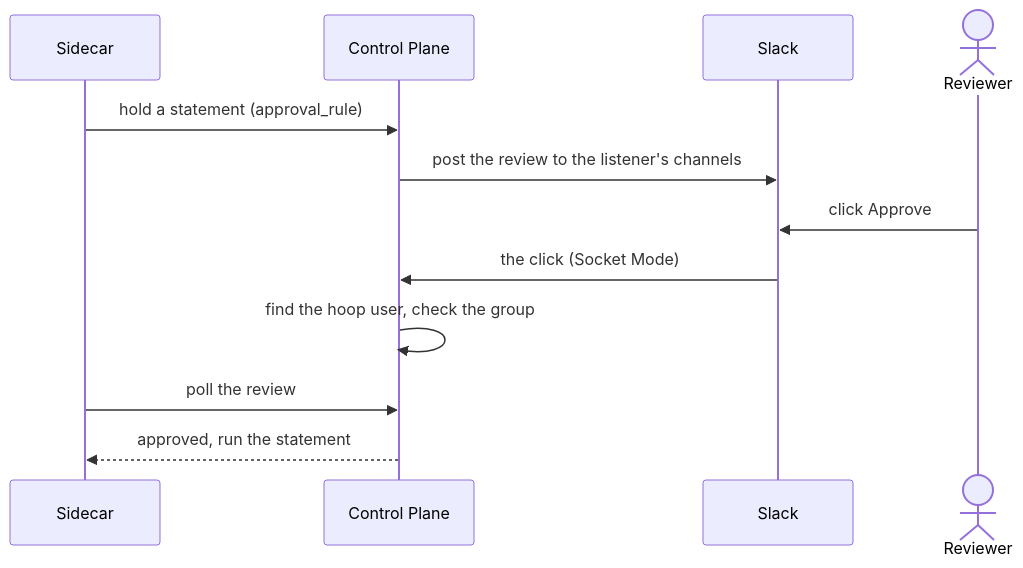
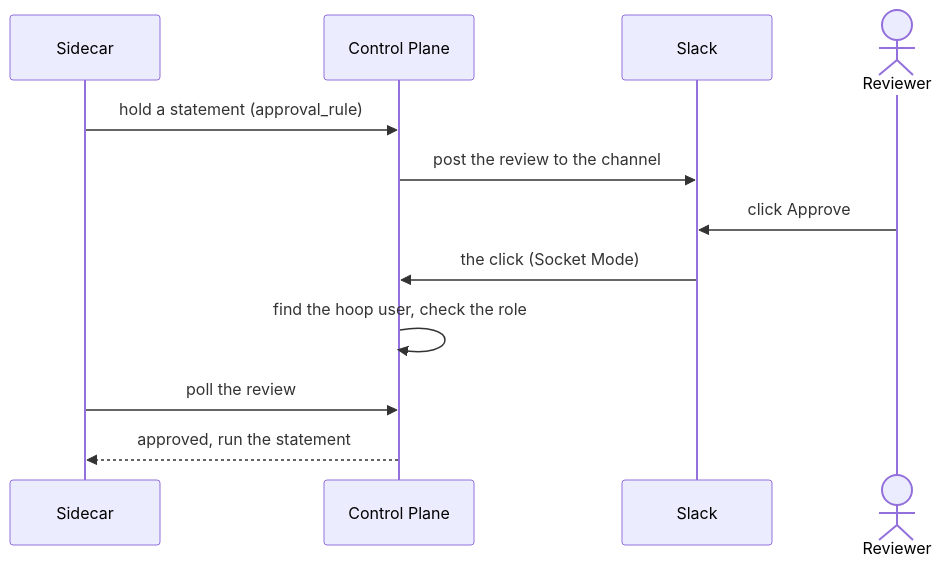
One commit to hoophq/documentation changed the diagram in control-plane/slack.mdx. Above: the diagram before and after it, drawn with Mermaid. The commit also changed other lines of this file, not shown here.

````diff
--- a/control-plane/slack.mdx
+++ b/control-plane/slack.mdx
@@ -16,15 +16,15 @@
 ```mermaid
 sequenceDiagram
     participant S as Sidecar
     participant CP as Control Plane
     participant SL as Slack
     actor R as Reviewer
 
     S->>CP: hold a statement (approval_rule)
-    CP->>SL: post the review to the listener's channels
+    CP->>SL: post the review to the channel
     R->>SL: click Approve
     SL->>CP: the click (Socket Mode)
-    CP->>CP: find the hoop user, check the group
+    CP->>CP: find the hoop user, check the role
     S->>CP: poll the review
     CP-->>S: approved, run the statement
 ```
````
